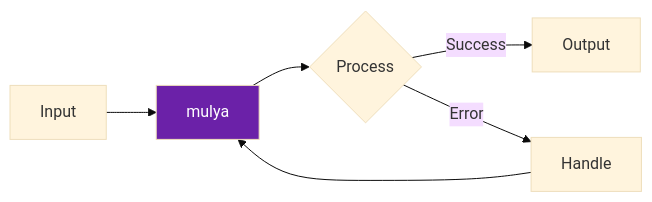
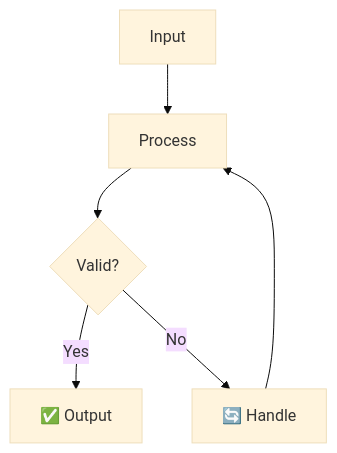
Before and after one commit to darshjme/agent-cost: the diagram in README.md, drawn with Mermaid (base theme). The commit also changed other lines of this file, not shown here.

````diff
--- a/README.md
+++ b/README.md
@@ -39,9 +35,8 @@
 ```mermaid
-flowchart LR
-    A[Input] --> B[mulya]
-    B --> C{Process}
-    C -- Success --> D[Output]
-    C -- Error --> E[Handle]
+flowchart TD
+    A[Input] --> B[Process]
+    B --> C{Valid?}
+    C -->|Yes| D[✅ Output]
+    C -->|No| E[🔄 Handle]
     E --> B
-    style B fill:#6b21a8,color:#fff
 ```
````
